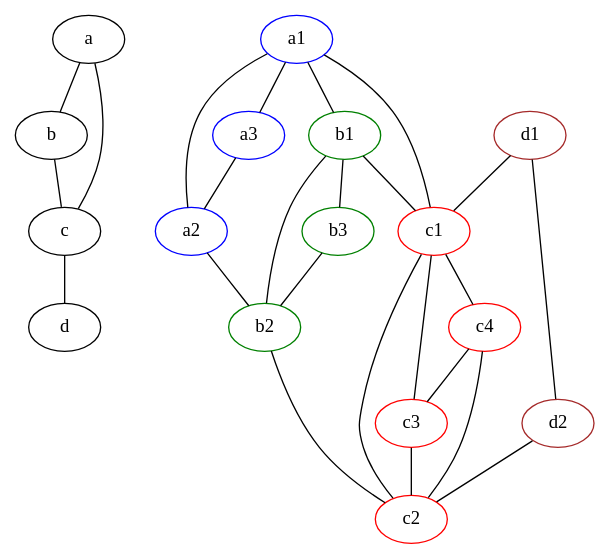
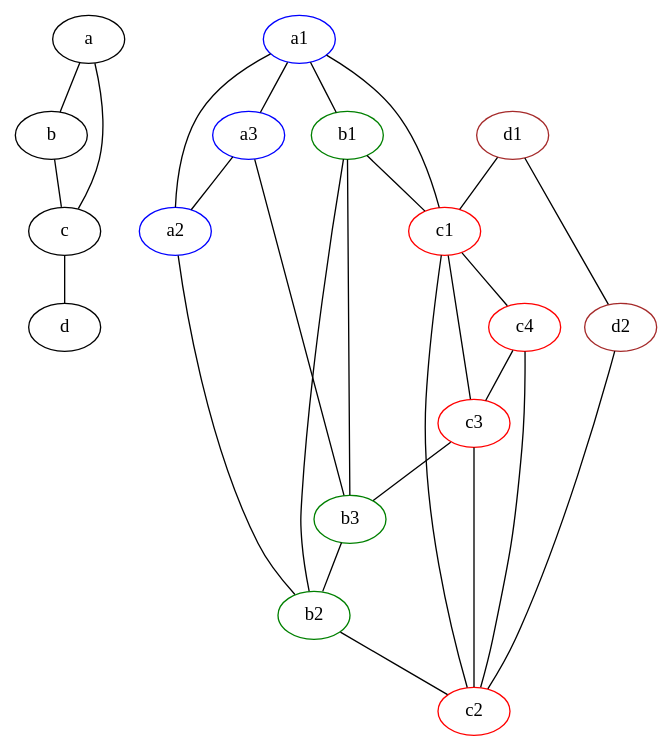
Before and after one commit to massimo-nocentini/sistemi-distribuiti-reti-calcolatori: the diagram in MIS-coloring-reduction.dot, drawn with Graphviz. The commit also changed 2 other files, not shown here.

```diff
--- a/MIS-coloring-reduction.dot
+++ b/MIS-coloring-reduction.dot
@@ -1,50 +1,51 @@
 graph G {
 
     a;
     b;
     c;
     d;
 
     a1 [color="blue"];
     a2 [color="blue"];
     a3 [color="blue"];
     
     b1 [color="green"];
     b2 [color="green"];
     b3 [color="green"];
 
     c1 [color="red"];
     c2 [color="red"];
     c3 [color="red"];
     c4 [color="red"];
 
     d1 [color="brown"];
     d2 [color="brown"];
 
     a--b;
     a--c;
     b--c;
     c--d;
 
     a3--a2;
     a1--a2;
     a1--a3;
     b3--b2;
     b1--b2;
     b1--b3;     
     c3--c2;
     c1--c2;
     c1--c3;
     c1--c4;
     c4--c2;
     c4--c3;
     d1--d2;
     a2--b2;
     a1--b1;
     a1--c1;
     b1--c1;
     b2--c2;
     d1--c1;
     d2--c2;
-
+    a3--b3;
+    c3--b3;
 }
```
